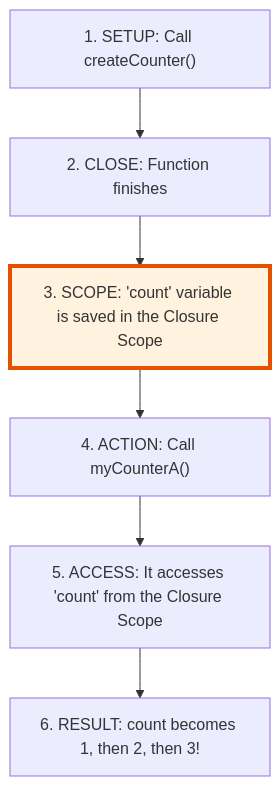
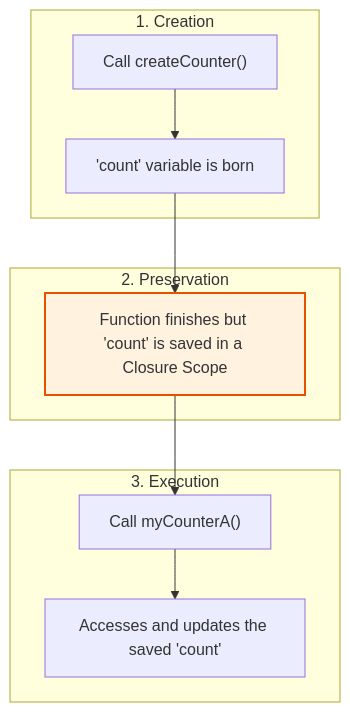
The diagram in README.md (moideen-mashad/JavaScript-Closures), drawn with Mermaid before and after one commit. The commit also changed other lines of this file, not shown here.

````diff
--- a/README.md
+++ b/README.md
@@ -44,10 +44,17 @@
 ```mermaid
 graph TD
-    A["1. SETUP: Call createCounter()"] --> B["2. CLOSE: Function finishes"]
-    B --> C["3. SCOPE: 'count' variable is saved in the Closure Scope"]
-    C --> D["4. ACTION: Call myCounterA()"]
-    D --> E["5. ACCESS: It accesses 'count' from the Closure Scope"]
-    E --> F["6. RESULT: count becomes 1, then 2, then 3!"]
+    subgraph "1. Creation"
+        A["Call createCounter()"] --> B["'count' variable is born"]
+    end
 
-    style C fill:#fff3e0,stroke:#e65100,stroke-width:4px
+    subgraph "2. Preservation"
+        B --> C["Function finishes but 'count' is saved in a Closure Scope"]
+    end
+
+    subgraph "3. Execution"
+        C --> D["Call myCounterA()"]
+        D --> E["Accesses and updates the saved 'count'"]
+    end
+
+    style C fill:#fff3e0,stroke:#e65100,stroke-width:2px
 ```
````
